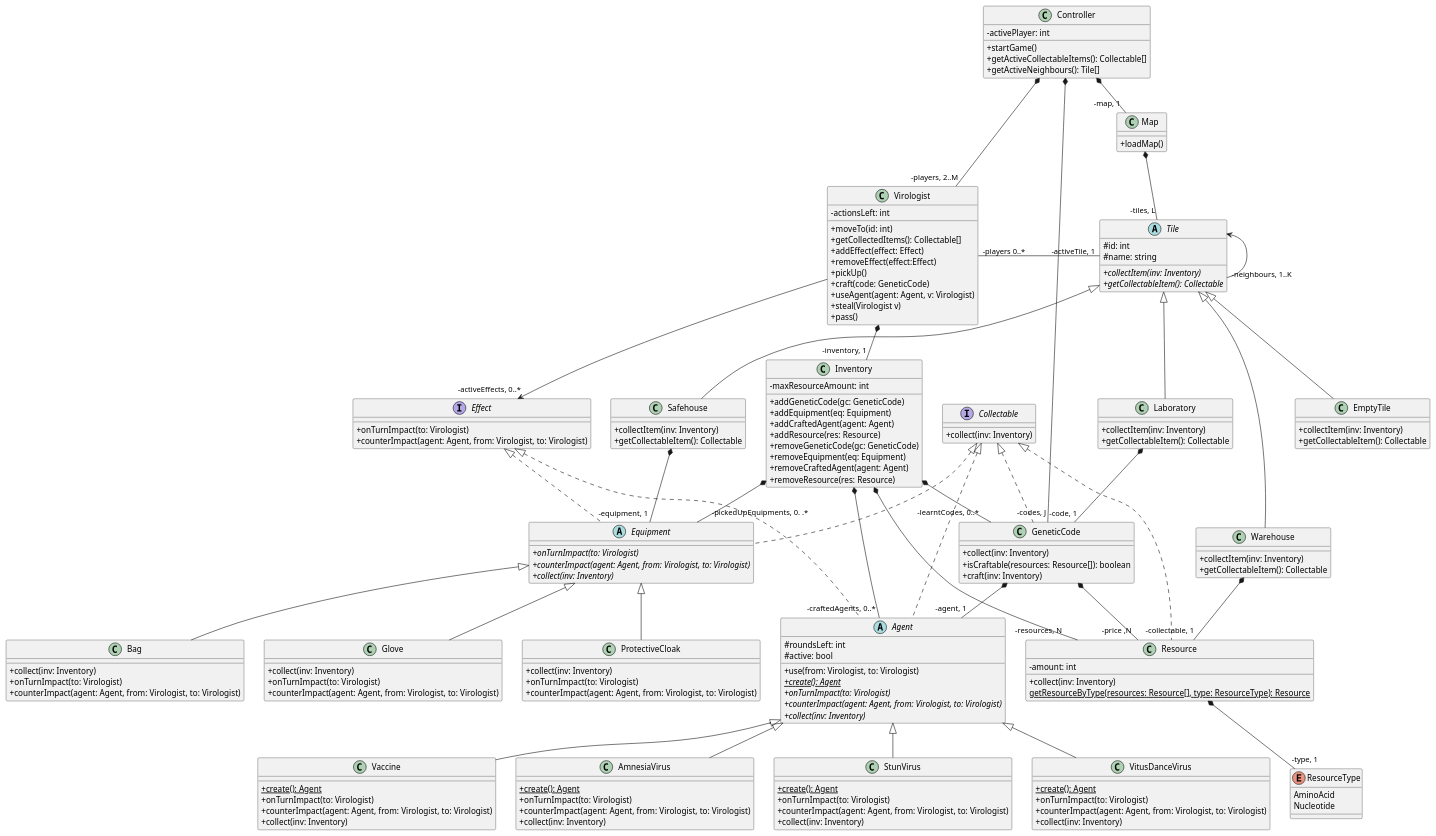
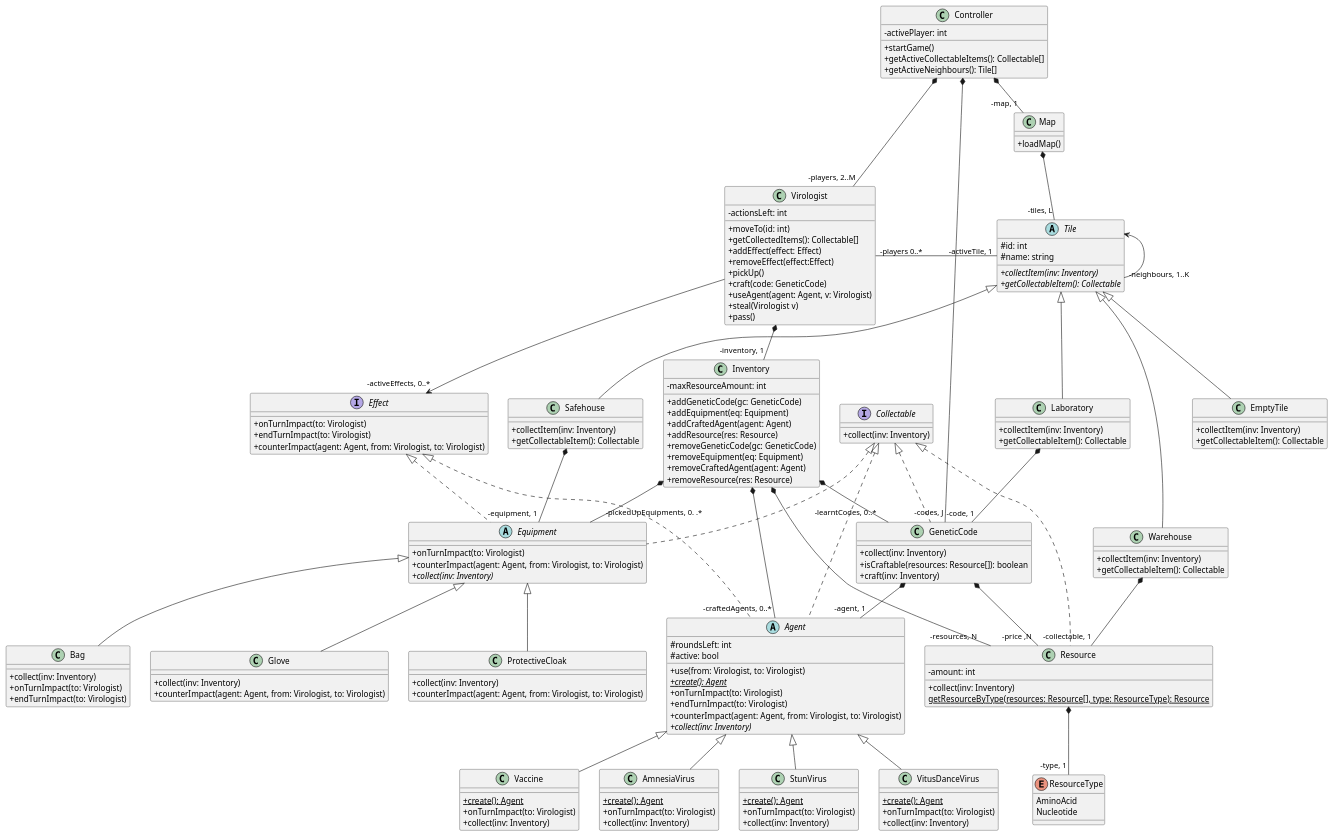
One commit to Tschonti/503-service-unavailable changed the diagram in docs/classDiagram.puml. Above: the diagram before and after it, drawn with PlantUML.

Commit message:
first sequence diagrams

```diff
--- a/docs/classDiagram.puml
+++ b/docs/classDiagram.puml
@@ -1,174 +1,170 @@
 @startuml
 'https://plantuml.com/class-diagram
 skinparam classAttributeIconSize 0
 class Resource implements Collectable {
     -amount: int
     +collect(inv: Inventory)
     {static} getResourceByType(resources: Resource[], type: ResourceType): Resource
 }
 
 enum ResourceType {
     AminoAcid
     Nucleotide
 }
 Resource *-- "-type, 1" ResourceType
 
 abstract class Agent implements Effect, Collectable {
     #roundsLeft: int
     #active: bool
     +use(from: Virologist, to: Virologist)
     {static} {abstract} +create(): Agent
-    {abstract} +onTurnImpact(to: Virologist)
-    {abstract} +counterImpact(agent: Agent, from: Virologist, to: Virologist)
+    +onTurnImpact(to: Virologist)
+    +endTurnImpact(to: Virologist)
+    +counterImpact(agent: Agent, from: Virologist, to: Virologist)
     'Lehet nem is kell
     {abstract} +collect(inv: Inventory)
 }
 
 class AmnesiaVirus extends Agent{
     {static} +create(): Agent
     +onTurnImpact(to: Virologist)
-    +counterImpact(agent: Agent, from: Virologist, to: Virologist)
     +collect(inv: Inventory)
 }
 
 class StunVirus extends Agent{
     {static} +create(): Agent
     +onTurnImpact(to: Virologist)
-    +counterImpact(agent: Agent, from: Virologist, to: Virologist)
     +collect(inv: Inventory)
 }
 class VitusDanceVirus extends Agent{
     {static} +create(): Agent
     +onTurnImpact(to: Virologist)
-    +counterImpact(agent: Agent, from: Virologist, to: Virologist)
     +collect(inv: Inventory)
 }
 class Vaccine extends Agent{
     {static} +create(): Agent
     +onTurnImpact(to: Virologist)
-    +counterImpact(agent: Agent, from: Virologist, to: Virologist)
     +collect(inv: Inventory)
 }
 
 class Virologist {
     -actionsLeft: int
     +moveTo(id: int)
     +getCollectedItems(): Collectable[]
     +addEffect(effect: Effect)
     +removeEffect(effect:Effect)
     'az alap useCase-ek:
     +pickUp()
     +craft(code: GeneticCode)
     +useAgent(agent: Agent, v: Virologist)
     +steal(Virologist v)
     +pass()
 }
 
 class Inventory {
     -maxResourceAmount: int
     +addGeneticCode(gc: GeneticCode)
     +addEquipment(eq: Equipment)
     +addCraftedAgent(agent: Agent)
     +addResource(res: Resource)
     +removeGeneticCode(gc: GeneticCode)
     +removeEquipment(eq: Equipment)
     +removeCraftedAgent(agent: Agent)
     +removeResource(res: Resource)
 }
 interface Effect {
     +onTurnImpact(to: Virologist)
+    +endTurnImpact(to: Virologist)
     +counterImpact(agent: Agent, from: Virologist, to: Virologist)
 }
 class GeneticCode implements Collectable {
     +collect(inv: Inventory)
     +isCraftable(resources: Resource[]): boolean
     +craft(inv: Inventory)
 }
 
 interface Collectable {
     +collect(inv: Inventory)
 }
 
 Virologist *-- "-inventory, 1" Inventory
 Virologist --> "-activeEffects, 0..*" Effect
 
 Inventory *-- "-learntCodes, 0..*" GeneticCode
 Inventory *-- "-pickedUpEquipments, 0. .*" Equipment
 Inventory *-- "-craftedAgents, 0..*" Agent
 Inventory *-- "-resources, N" Resource
 
 GeneticCode *-- "-price ,N" Resource
 GeneticCode *-- "-agent, 1" Agent
 
 Virologist "-players 0..*" - "-activeTile, 1" Tile
 
 abstract class Equipment implements Effect, Collectable {
-    {abstract} +onTurnImpact(to: Virologist)
-    {abstract} +counterImpact(agent: Agent, from: Virologist, to: Virologist)
+    +onTurnImpact(to: Virologist)
+    +counterImpact(agent: Agent, from: Virologist, to: Virologist)
     {abstract} +collect(inv: Inventory)
 
 }
 class ProtectiveCloak extends Equipment {
     +collect(inv: Inventory)
-    +onTurnImpact(to: Virologist)
     +counterImpact(agent: Agent, from: Virologist, to: Virologist)
 }
 
 class Bag extends Equipment{
     +collect(inv: Inventory)
     +onTurnImpact(to: Virologist)
-    +counterImpact(agent: Agent, from: Virologist, to: Virologist)
+    +endTurnImpact(to: Virologist)
 }
 class Glove extends Equipment {
     +collect(inv: Inventory)
-    +onTurnImpact(to: Virologist)
     +counterImpact(agent: Agent, from: Virologist, to: Virologist)
 }
 
 'There is Collectable getter because EmptyTile must have a getter either
 abstract class Tile {
     #id: int
     #name: string
     {abstract} +collectItem(inv: Inventory)
     {abstract} +getCollectableItem(): Collectable
 }
 class Laboratory extends Tile {
     +collectItem(inv: Inventory)
     +getCollectableItem(): Collectable
 }
 
 class Safehouse extends Tile {
     +collectItem(inv: Inventory)
     +getCollectableItem(): Collectable
 }
 class Warehouse extends Tile {
     +collectItem(inv: Inventory)
     +getCollectableItem(): Collectable
 }
 class EmptyTile extends Tile {
     +collectItem(inv: Inventory)
     +getCollectableItem(): Collectable
 }
 
 class Map {
     +loadMap()
 }
 Laboratory *-- "-code, 1" GeneticCode
 Safehouse *-- "-equipment, 1" Equipment
 Warehouse *-- "-collectable, 1" Resource
 
 Map  *-- "-tiles, L" Tile
 Tile <-- "-neighbours, 1..K" Tile
 
 
 class Controller {
     -activePlayer: int
     +startGame()
     +getActiveCollectableItems(): Collectable[]
     +getActiveNeighbours(): Tile[]
 }
 Controller *-- "-map, 1" Map
 Controller *-- "-players, 2..M" Virologist
 Controller *-- "-codes, J" GeneticCode
 
 @enduml
```
